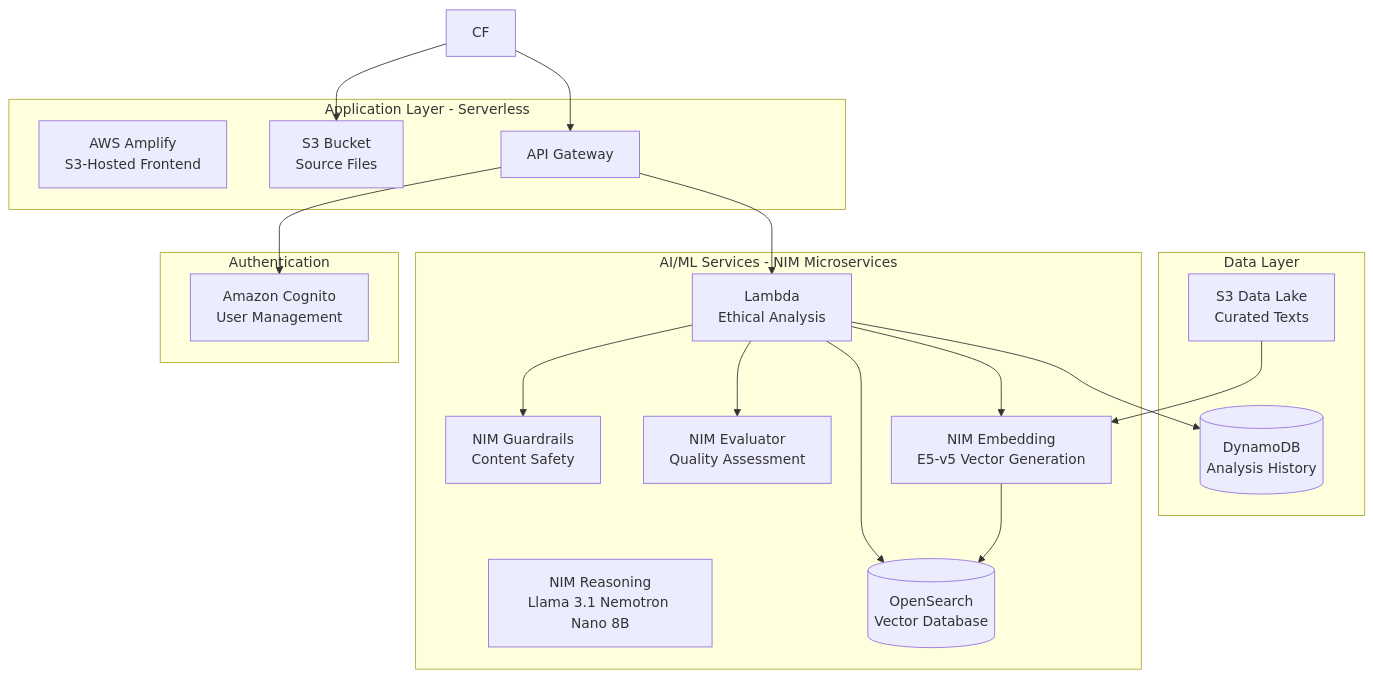
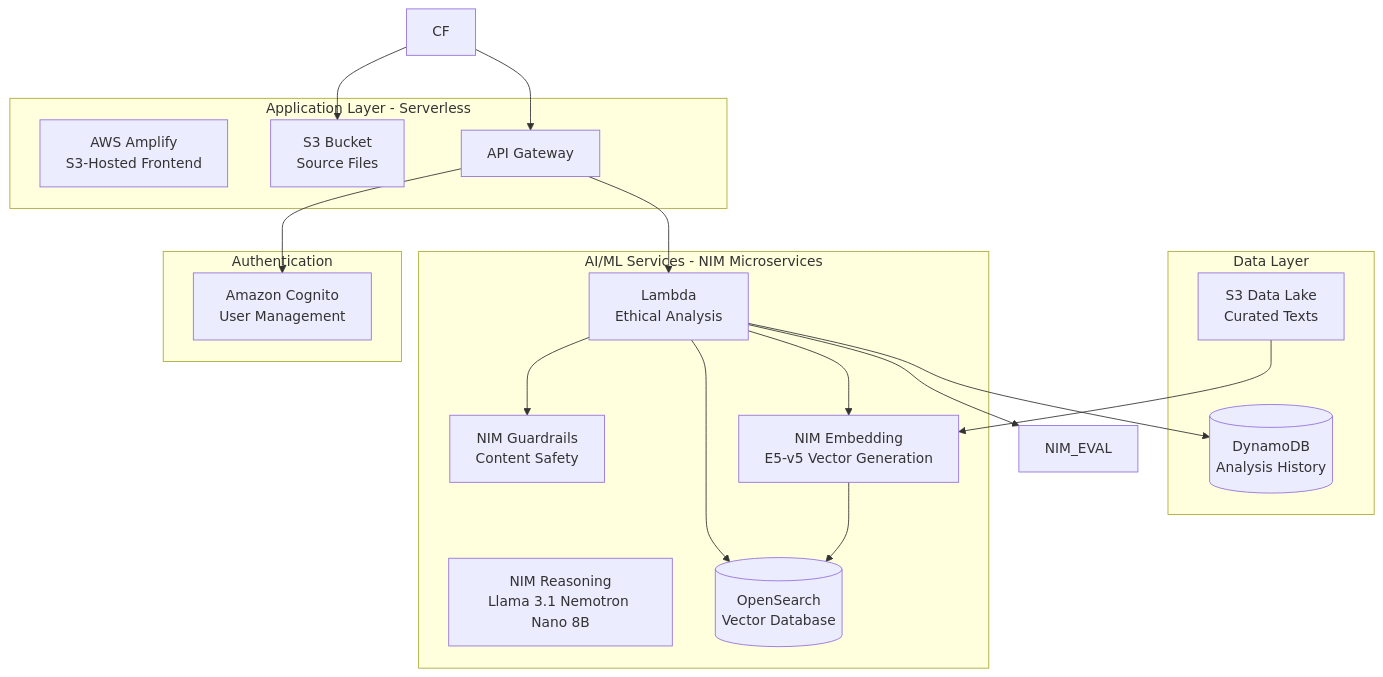
The first of 3 diagrams in README.md (jakub-dunak/SynthArbiter), drawn with Mermaid before and after one commit. The commit also changed other lines of this file, not shown here.

````diff
--- a/README.md
+++ b/README.md
@@ -7,39 +7,38 @@
 ```mermaid
 graph TB
     subgraph "Data Layer"
         S3[S3 Data Lake<br/>Curated Texts]
         DB[(DynamoDB<br/>Analysis History)]
     end
 
     subgraph "AI/ML Services - NIM Microservices"
         NIM_REASONING[NIM Reasoning<br/>Llama 3.1 Nemotron Nano 8B]
         NIM_GUARD[NIM Guardrails<br/>Content Safety]
-        NIM_EVAL[NIM Evaluator<br/>Quality Assessment]
         NIM_EMBED[NIM Embedding<br/>E5-v5 Vector Generation]
         OPENSEARCH[(OpenSearch<br/>Vector Database)]
         LAMBDA_ANALYZE[Lambda<br/>Analysis Orchestrator]
     end
 
     subgraph "Application Layer - Serverless"
         AMPLIFY[AWS Amplify<br/>S3-Hosted Frontend]
         S3_WEB[S3 Bucket<br/>Source Files]
         API_GW[API Gateway]
         LAMBDA_ANALYZE[Lambda<br/>Ethical Analysis]
     end
 
     subgraph "Authentication"
         COGNITO[Amazon Cognito<br/>User Management]
     end
 
     S3 --> NIM_EMBED
     NIM_EMBED --> OPENSEARCH
     CF --> S3_WEB
     CF --> API_GW
     API_GW --> LAMBDA_ANALYZE
     LAMBDA_ANALYZE --> NIM_EMBED
     LAMBDA_ANALYZE --> OPENSEARCH
     LAMBDA_ANALYZE --> NIM_GUARD
     LAMBDA_ANALYZE --> NIM_EVAL
     LAMBDA_ANALYZE --> DB
     API_GW --> COGNITO
 ```
````
